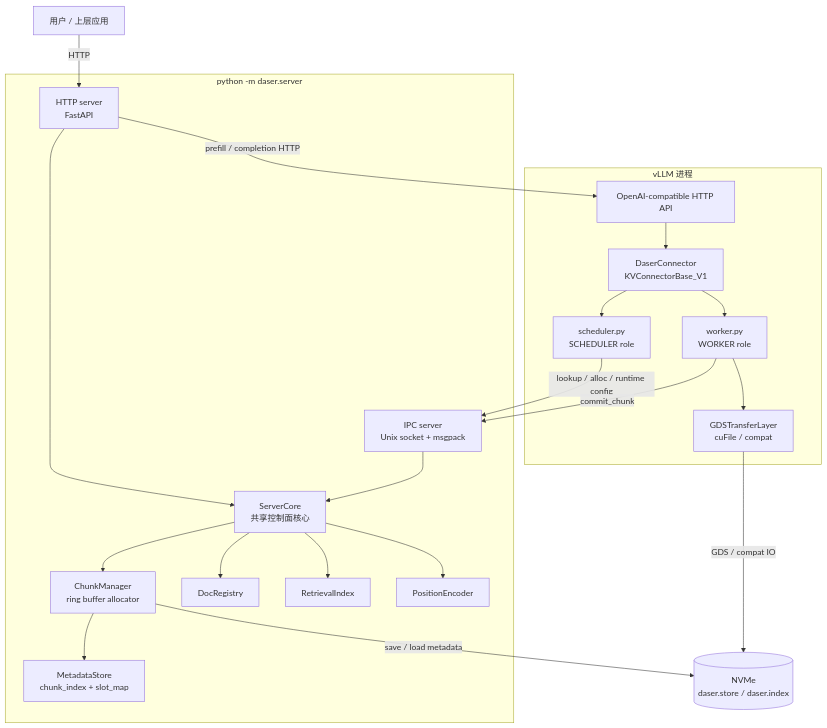
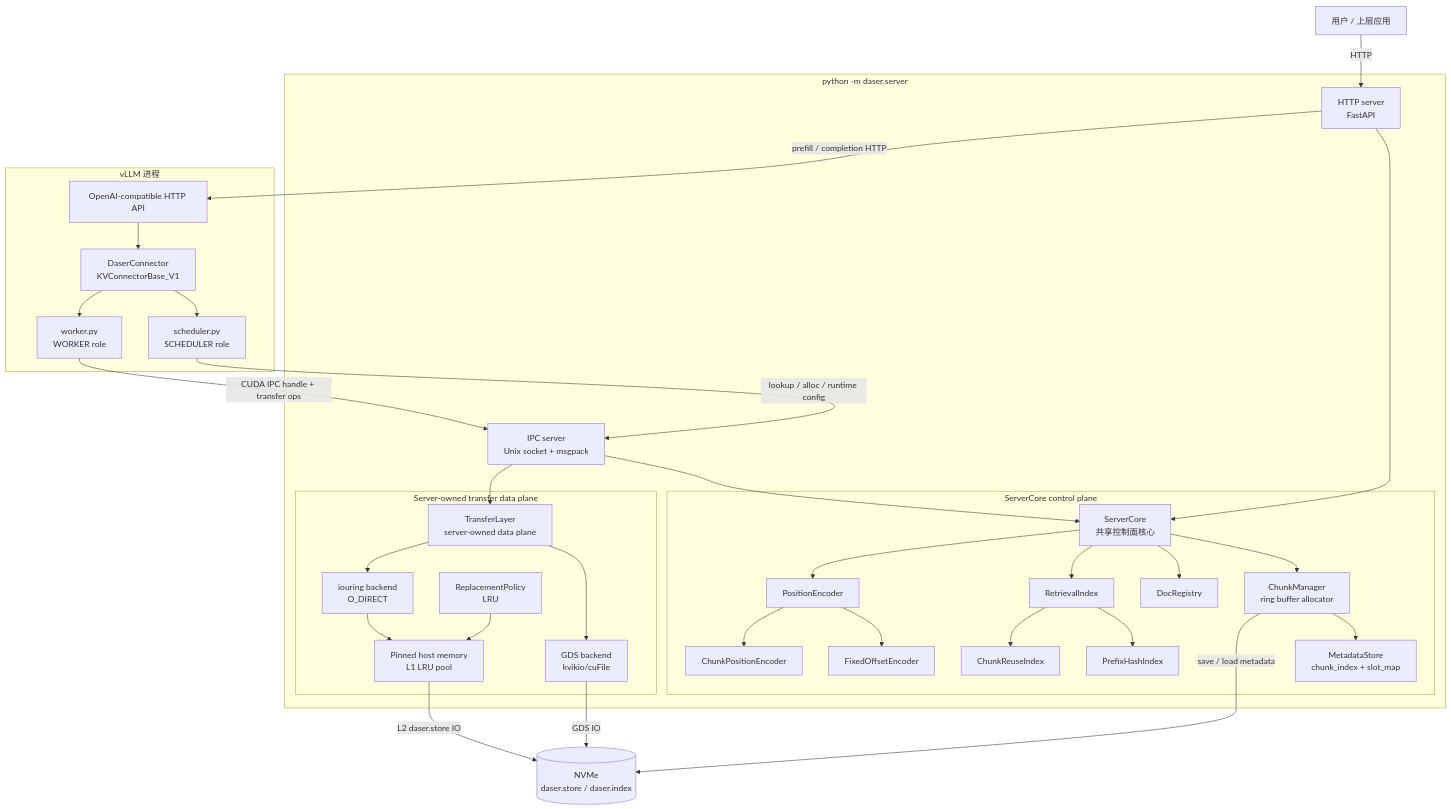
One commit to GentleCold/DaseR changed the first of 2 diagrams in docs/design/architecture.md. Above: the diagram before and after it, drawn with Mermaid. The commit also changed other lines of this file and 49 other files, not shown here.

First line of the commit message:
feat(storage): add server-managed transfer layers (#44)

````diff
--- a/docs/design/architecture.md
+++ b/docs/design/architecture.md
@@ -11,45 +11,69 @@
 ```mermaid
 graph TB
     User["用户 / 上层应用"]
 
     subgraph server["python -m daser.server"]
         HTTP["HTTP server<br/>FastAPI"]
         IPC["IPC server<br/>Unix socket + msgpack"]
-        CORE["ServerCore<br/>共享控制面核心"]
-        CM["ChunkManager<br/>ring buffer allocator"]
-        MS["MetadataStore<br/>chunk_index + slot_map"]
-        DR["DocRegistry"]
-        RI["RetrievalIndex"]
-        PE["PositionEncoder"]
+        subgraph core_owner["ServerCore control plane"]
+            CORE["ServerCore<br/>共享控制面核心"]
+            CM["ChunkManager<br/>ring buffer allocator"]
+            MS["MetadataStore<br/>chunk_index + slot_map"]
+            DR["DocRegistry"]
+            RI["RetrievalIndex"]
+            PRI["PrefixHashIndex"]
+            CRI["ChunkReuseIndex"]
+            PE["PositionEncoder"]
+            FPE["FixedOffsetEncoder"]
+            CPE["ChunkPositionEncoder"]
+
+            CORE --> CM
+            CORE --> DR
+            CORE --> RI
+            CORE --> PE
+            CM --> MS
+            RI --> PRI
+            RI --> CRI
+            PE --> FPE
+            PE --> CPE
+        end
+
+        subgraph transfer_owner["Server-owned transfer data plane"]
+            TL["TransferLayer<br/>server-owned data plane"]
+            GDS["GDS backend<br/>kvikio/cuFile"]
+            IOR["iouring backend<br/>O_DIRECT"]
+            L1["Pinned host memory<br/>L1 LRU pool"]
+            RP["ReplacementPolicy<br/>LRU"]
+
+            TL --> GDS
+            TL --> IOR
+            IOR --> L1
+            RP --> L1
+        end
 
         HTTP --> CORE
         IPC --> CORE
-        CORE --> CM
-        CORE --> DR
-        CORE --> RI
-        CORE --> PE
-        CM --> MS
+        IPC --> TL
     end
 
     subgraph vllm["vLLM 进程"]
         VAPI["OpenAI-compatible HTTP API"]
         DC["DaserConnector<br/>KVConnectorBase_V1"]
         SCHED["scheduler.py<br/>SCHEDULER role"]
         WORKER["worker.py<br/>WORKER role"]
-        GDS["GDSTransferLayer<br/>cuFile / compat"]
 
         VAPI --> DC
         DC --> SCHED
         DC --> WORKER
-        WORKER --> GDS
     end
 
     NVMe[("NVMe<br/>daser.store / daser.index")]
 
     User -- "HTTP" --> HTTP
     HTTP -- "prefill / completion HTTP" --> VAPI
     SCHED -- "lookup / alloc / runtime config" --> IPC
-    WORKER -- "commit_chunk" --> IPC
-    GDS -- "GDS / compat IO" --> NVMe
+    WORKER -- "CUDA IPC handle + transfer ops" --> IPC
+    GDS -- "GDS IO" --> NVMe
+    L1 -- "L2 daser.store IO" --> NVMe
     CM -- "save / load metadata" --> NVMe
 ```
````
